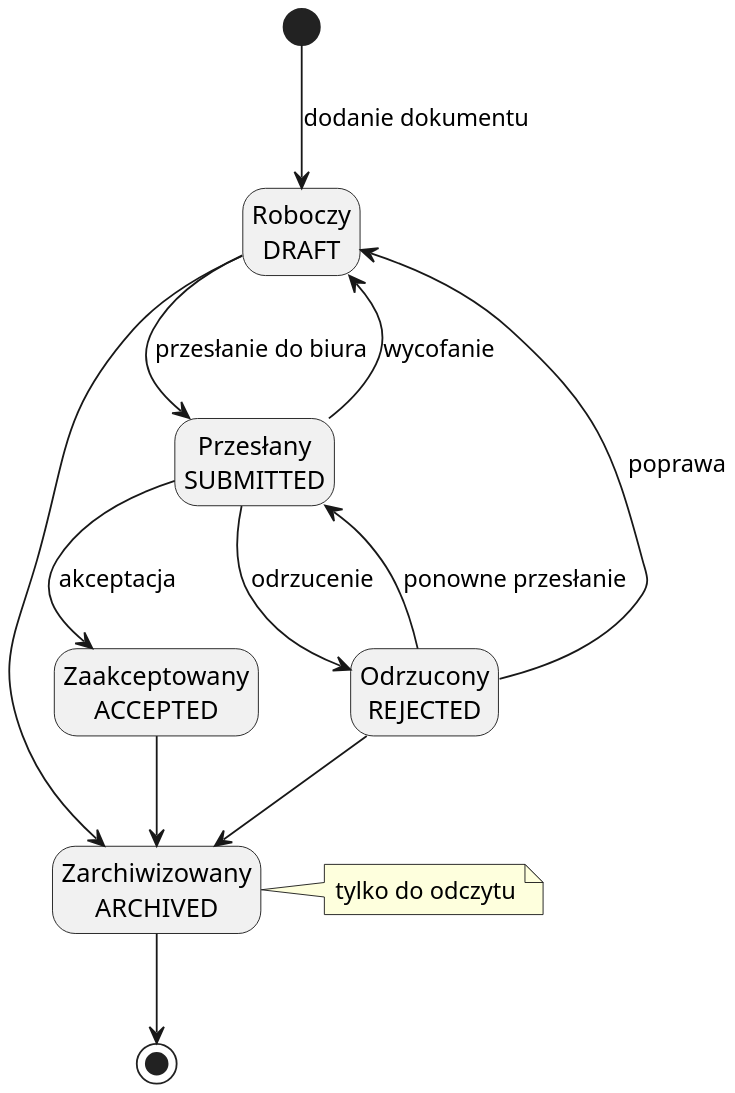
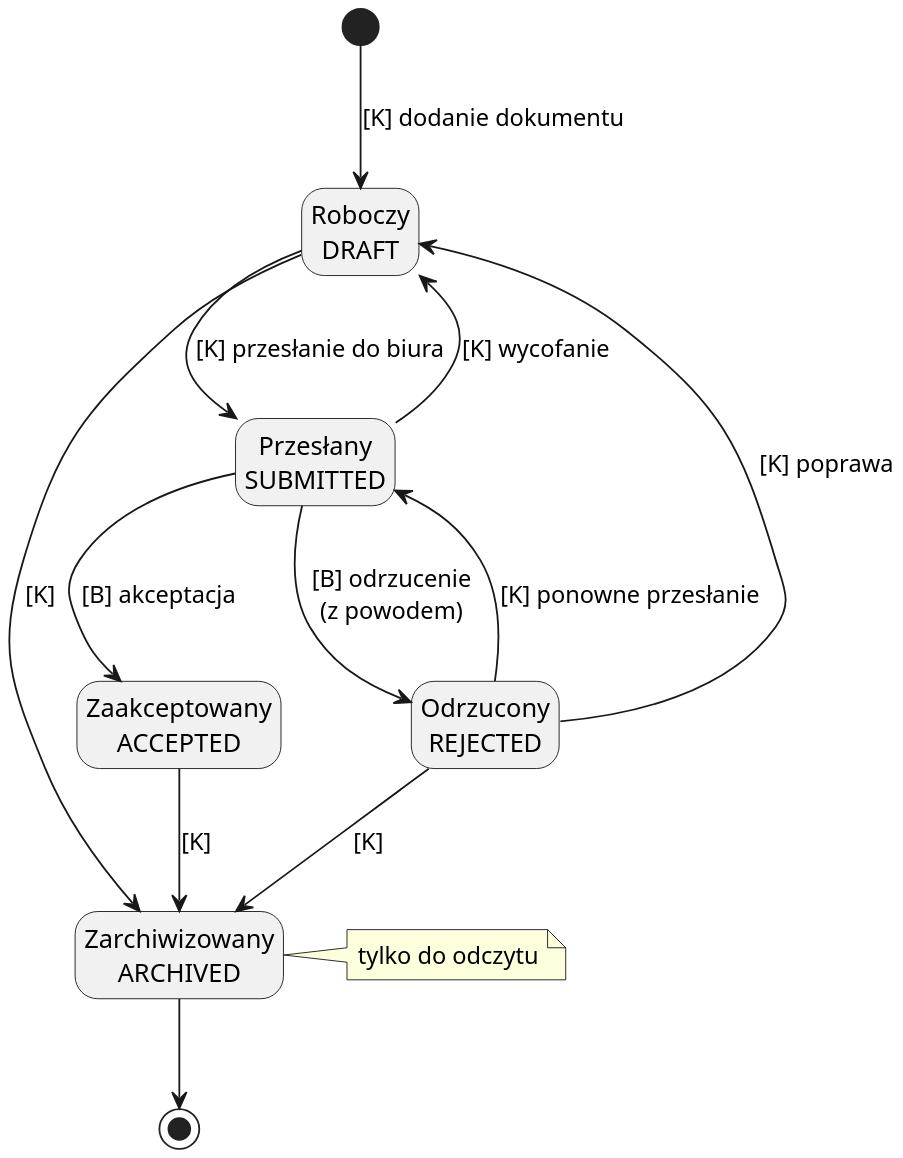
Before and after one commit to firomi123/JEE_Projekt_PR_122217: the diagram in docs/diagramy/statusy.puml, drawn with PlantUML. The commit also changed 81 other files, not shown here.

First line of the commit message:
Etap 15: role i panel biura

```diff
--- a/docs/diagramy/statusy.puml
+++ b/docs/diagramy/statusy.puml
@@ -1,25 +1,26 @@
 @startuml statusy
-' Diagram stanów dokumentu (STATUS_TRANSITIONS w shared/src/documents.ts)
+' Diagram stanów dokumentu (STATUS_TRANSITIONS i ROLE_STATUS_TRANSITIONS
+' w shared/src/documents.ts): [K] – zmianę wykonuje kierowca, [B] – biuro.
 skinparam dpi 200
 skinparam shadowing false
 hide empty description
 
 state "Roboczy\nDRAFT" as DRAFT
 state "Przesłany\nSUBMITTED" as SUBMITTED
 state "Zaakceptowany\nACCEPTED" as ACCEPTED
 state "Odrzucony\nREJECTED" as REJECTED
 state "Zarchiwizowany\nARCHIVED" as ARCHIVED
 
-[*] --> DRAFT : dodanie dokumentu
-DRAFT --> SUBMITTED : przesłanie do biura
-SUBMITTED --> DRAFT : wycofanie
-SUBMITTED --> ACCEPTED : akceptacja
-SUBMITTED --> REJECTED : odrzucenie
-REJECTED --> DRAFT : poprawa
-REJECTED --> SUBMITTED : ponowne przesłanie
-DRAFT --> ARCHIVED
-REJECTED --> ARCHIVED
-ACCEPTED --> ARCHIVED
+[*] --> DRAFT : [K] dodanie dokumentu
+DRAFT --> SUBMITTED : [K] przesłanie do biura
+SUBMITTED --> DRAFT : [K] wycofanie
+SUBMITTED --> ACCEPTED : [B] akceptacja
+SUBMITTED --> REJECTED : [B] odrzucenie\n(z powodem)
+REJECTED --> DRAFT : [K] poprawa
+REJECTED --> SUBMITTED : [K] ponowne przesłanie
+DRAFT --> ARCHIVED : [K]
+REJECTED --> ARCHIVED : [K]
+ACCEPTED --> ARCHIVED : [K]
 ARCHIVED --> [*]
 note right of ARCHIVED : tylko do odczytu
 @enduml
```
